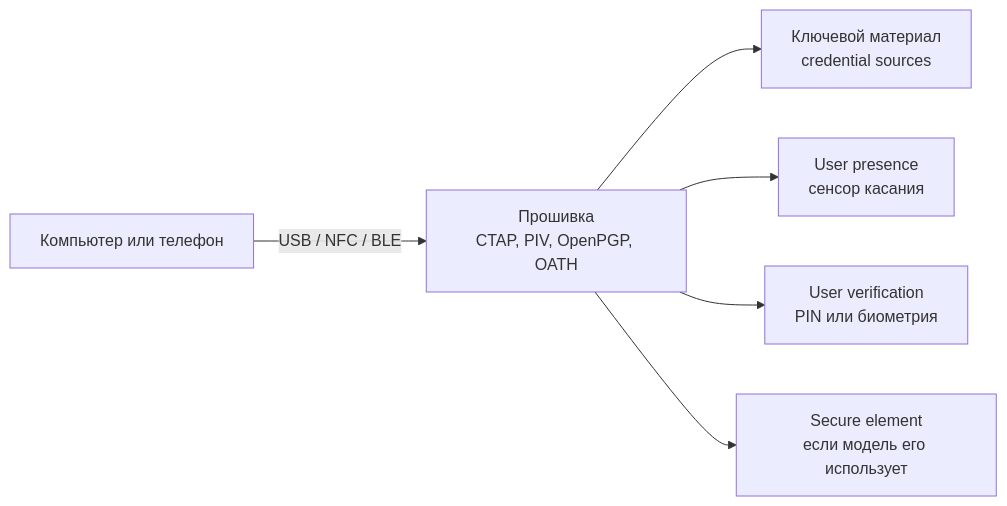
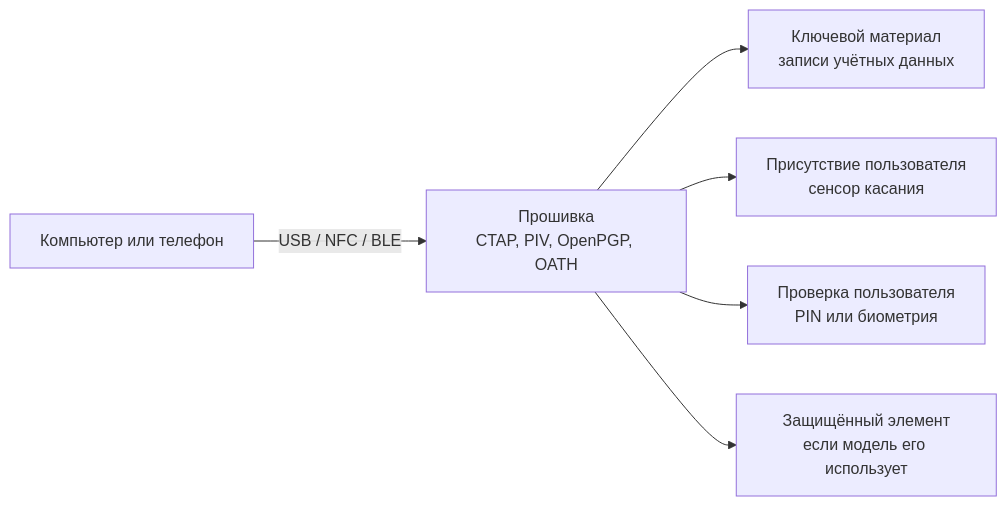
The first of 2 diagrams in FIDO/hardware-security-keys.md (zapret-discordyoutube/todo), drawn with Mermaid before and after one commit. The commit also changed other lines of this file and 8 other files, not shown here.

````diff
--- a/FIDO/hardware-security-keys.md
+++ b/FIDO/hardware-security-keys.md
@@ -44,8 +84,8 @@
 ```mermaid
 flowchart LR
     Host["Компьютер или телефон"] -->|"USB / NFC / BLE"| FW["Прошивка<br>CTAP, PIV, OpenPGP, OATH"]
-    FW --> Keys["Ключевой материал<br>credential sources"]
-    FW --> UP["User presence<br>сенсор касания"]
-    FW --> UV["User verification<br>PIN или биометрия"]
-    FW --> SE["Secure element<br>если модель его использует"]
+    FW --> Keys["Ключевой материал<br>записи учётных данных"]
+    FW --> UP["Присутствие пользователя<br>сенсор касания"]
+    FW --> UV["Проверка пользователя<br>PIN или биометрия"]
+    FW --> SE["Защищённый элемент<br>если модель его использует"]
 ```
````
